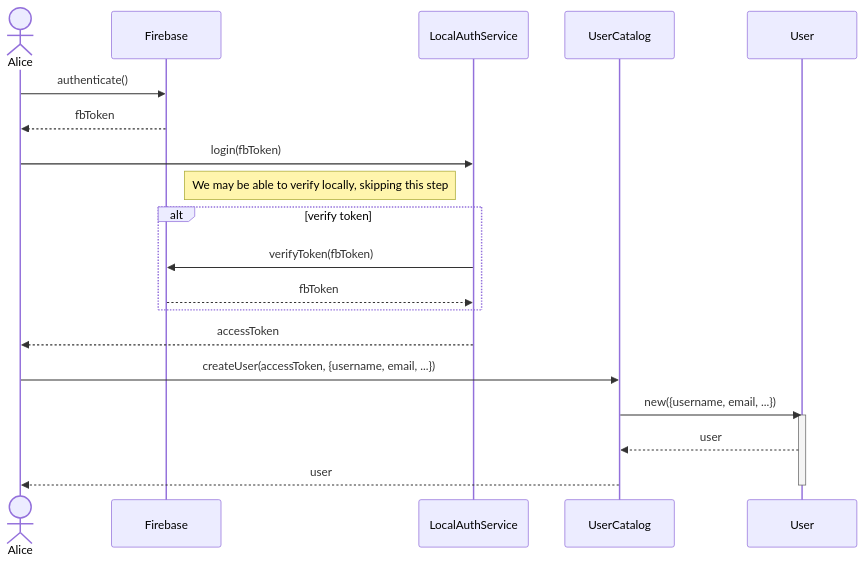
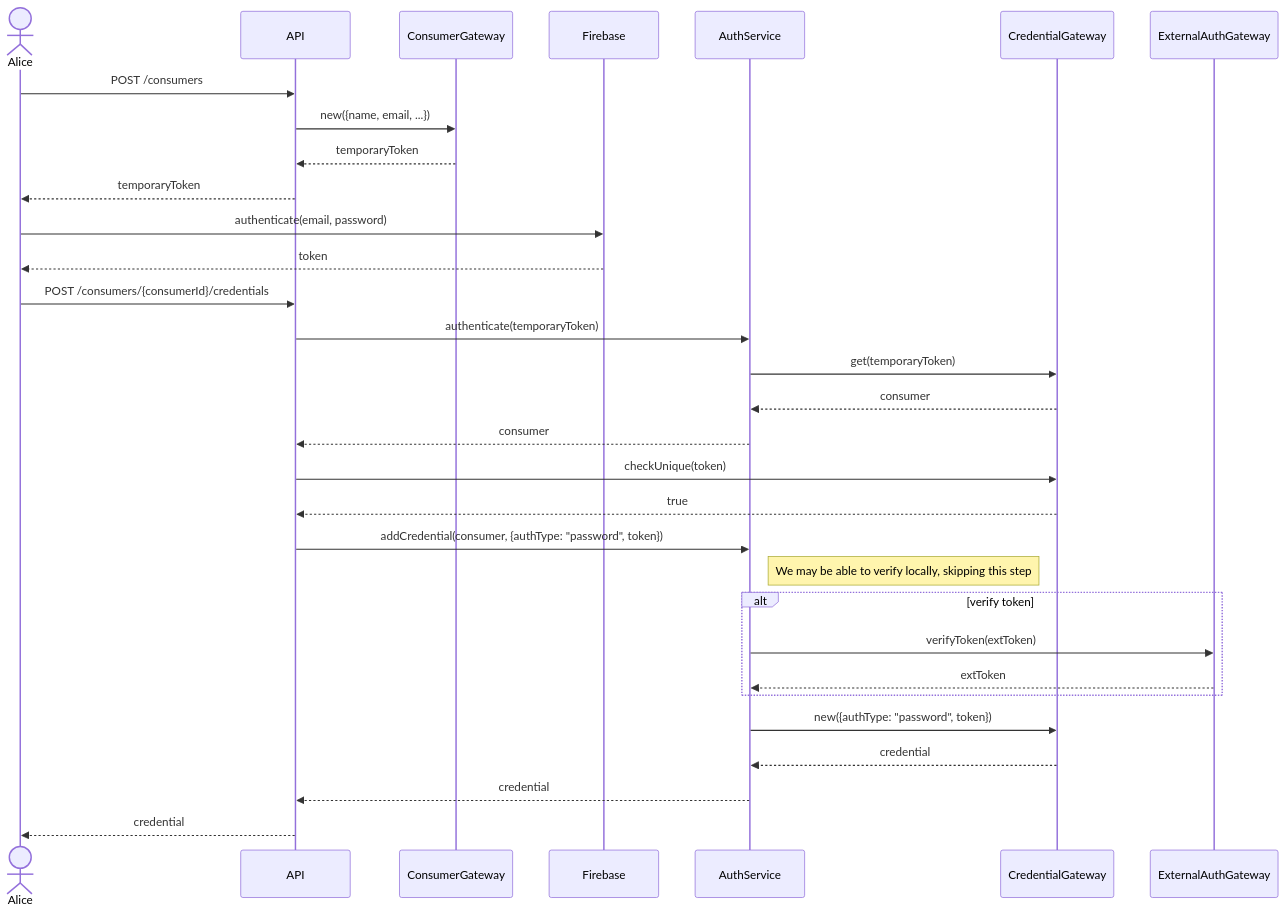
One commit to hivetown/planning changed the seventh of 32 diagrams in sequence.md. Above: the diagram before and after it, drawn with Mermaid. The commit also changed other lines of this file, not shown here.

````diff
--- a/sequence.md
+++ b/sequence.md
@@ -157,24 +190,40 @@
 ```mermaid
 sequenceDiagram
     actor A as Alice
+    participant API
+    participant CG as ConsumerGateway
     participant F as Firebase
-    participant Au as LocalAuthService
-    participant UC as UserCatalog
-    participant U as User
+    participant Au as AuthService
+    participant CredG as CredentialGateway
+    participant EAu as ExternalAuthGateway
 
-    A ->> F: authenticate()
-    F -->> A: fbToken
-    A ->> Au: login(fbToken)
-    Note right of F: We may be able to verify locally, skipping this step
+    A ->> API: POST /consumers
+    API ->> CG: new({name, email, ...})
+    CG -->> API: temporaryToken
+    API -->> A: temporaryToken
+
+    A ->> F: authenticate(email, password)
+    F -->> A: token
+
+    A ->> API: POST /consumers/{consumerId}/credentials
+    API ->> Au: authenticate(temporaryToken)
+    Au ->> CredG: get(temporaryToken)
+    CredG -->> Au: consumer
+    Au -->> API: consumer
+
+    API ->> CredG: checkUnique(token)
+    CredG -->> API: true
+
+    API ->> Au: addCredential(consumer, {authType: "password", token})
+
+    Note right of Au: We may be able to verify locally, skipping this step
     alt verify token
-        Au ->> F: verifyToken(fbToken)
-        F -->> Au: fbToken
+        Au ->> EAu: verifyToken(extToken)
+        EAu -->> Au: extToken
     end
-    Au -->> A: accessToken
-    A ->> UC: createUser(accessToken, {username, email, ...})
-    UC ->> U: new({username, email, ...})
-    activate U
-    U -->> UC: user
-    UC -->> A: user
-    deactivate U
+
+    Au ->> CredG: new({authType: "password", token})
+    CredG -->> Au: credential
+    Au -->> API: credential
+    API -->> A: credential
 ```
````
